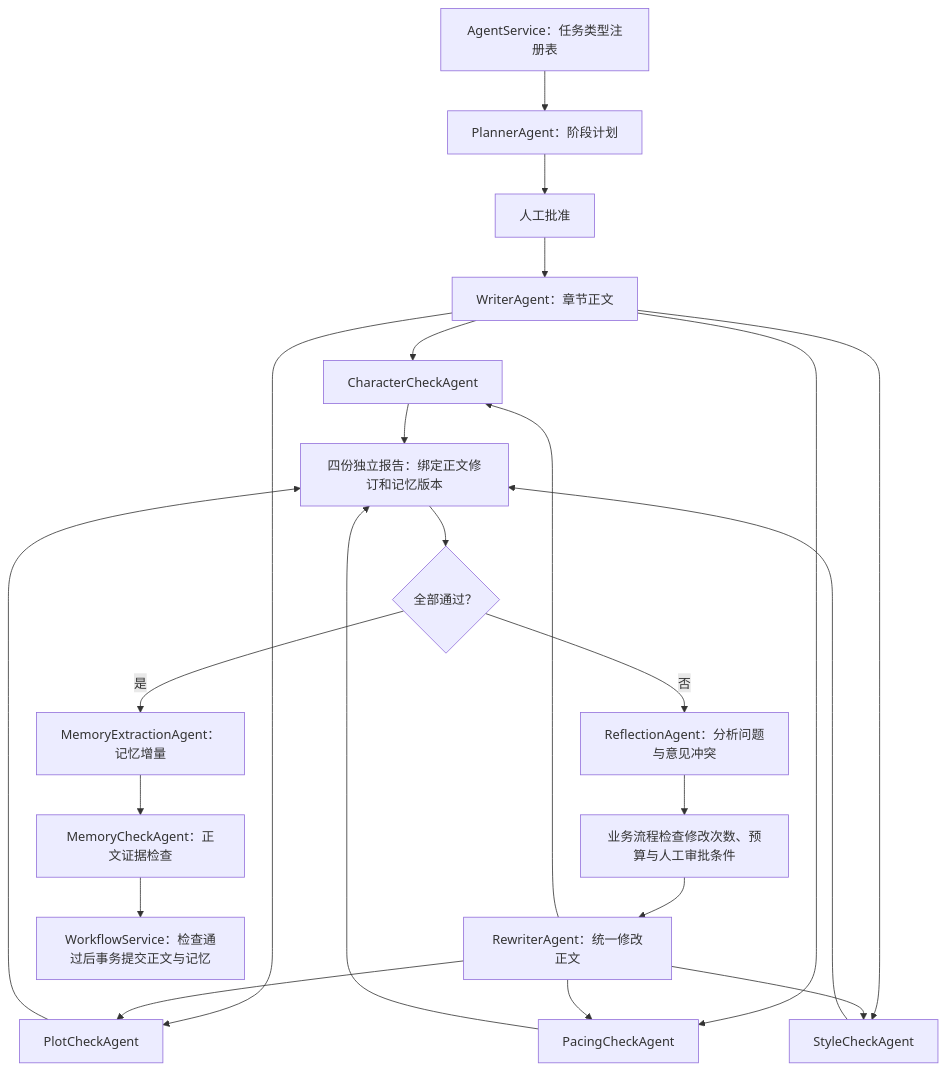
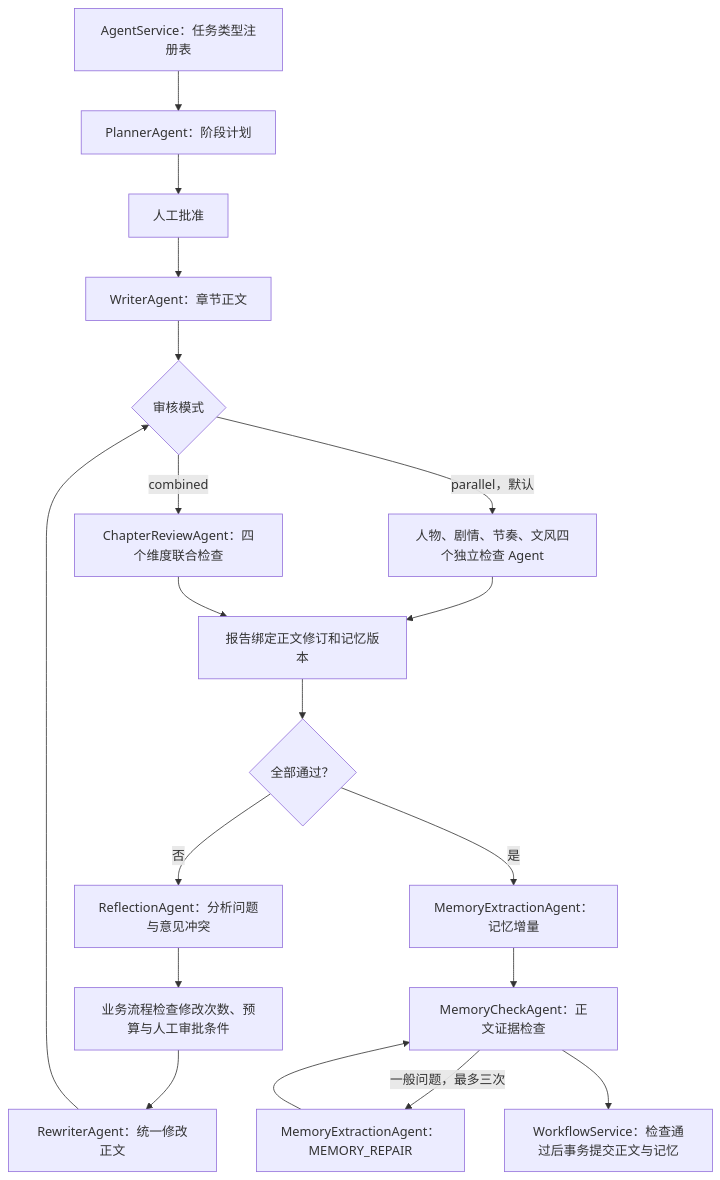
The fifth of 9 diagrams in README.md (ccii1/novel-agent), drawn with Mermaid before and after one commit. The commit also changed other lines of this file and 36 other files, not shown here.

Commit message:
feat: add bounded memory repair and optional combined chapter review

````diff
--- a/README.md
+++ b/README.md
@@ -183,25 +183,21 @@
 ```mermaid
 flowchart TD
     Registry["AgentService：任务类型注册表"] --> Planner["PlannerAgent：阶段计划"]
     Planner --> Approval["人工批准"]
     Approval --> Writer["WriterAgent：章节正文"]
-    Writer --> Character["CharacterCheckAgent"]
-    Writer --> Plot["PlotCheckAgent"]
-    Writer --> Pacing["PacingCheckAgent"]
-    Writer --> Style["StyleCheckAgent"]
-    Character --> Reports["四份独立报告：绑定正文修订和记忆版本"]
-    Plot --> Reports
-    Pacing --> Reports
-    Style --> Reports
+    Writer --> Mode{"审核模式"}
+    Mode -->|combined| Joint["ChapterReviewAgent：四个维度联合检查"]
+    Mode -->|parallel，默认| Parallel["人物、剧情、节奏、文风四个独立检查 Agent"]
+    Parallel --> Reports
+    Joint --> Reports["报告绑定正文修订和记忆版本"]
     Reports --> Decision{"全部通过？"}
     Decision -->|否| Reflect["ReflectionAgent：分析问题与意见冲突"]
     Reflect --> Gate["业务流程检查修改次数、预算与人工审批条件"]
     Gate --> Rewrite["RewriterAgent：统一修改正文"]
-    Rewrite --> Character
-    Rewrite --> Plot
-    Rewrite --> Pacing
-    Rewrite --> Style
+    Rewrite --> Mode
     Decision -->|是| Extract["MemoryExtractionAgent：记忆增量"]
     Extract --> MemoryCheck["MemoryCheckAgent：正文证据检查"]
+    MemoryCheck -->|一般问题，最多三次| Repair["MemoryExtractionAgent：MEMORY_REPAIR"]
+    Repair --> MemoryCheck
     MemoryCheck --> Commit["WorkflowService：检查通过后事务提交正文与记忆"]
 ```
````
